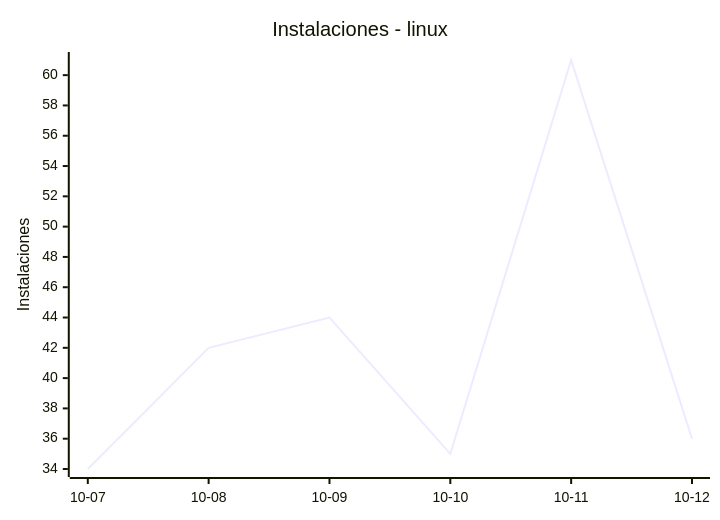
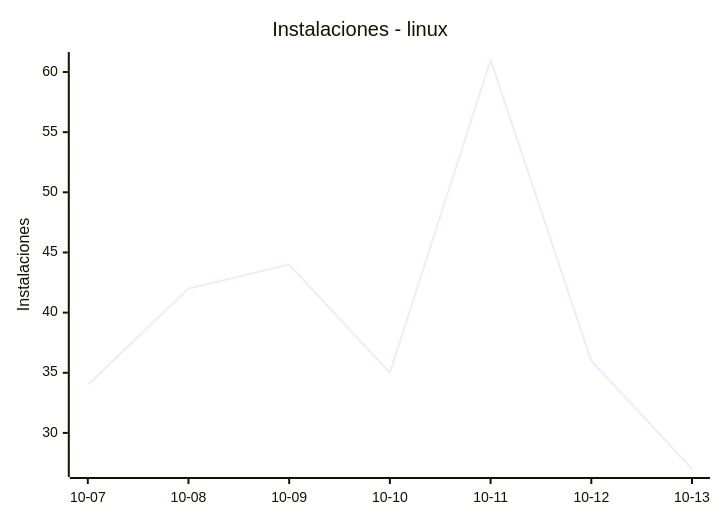
Before and after one commit to EmuDeck/stats: the fourth of 8 diagrams in README.md, drawn with Mermaid. The commit also changed other lines of this file and 2 other files, not shown here.

````diff
--- a/README.md
+++ b/README.md
@@ -52,7 +52,7 @@
 ```mermaid
 xychart-beta
     title "Instalaciones - linux"
-    x-axis ["10-07", "10-08", "10-09", "10-10", "10-11", "10-12"]
+    x-axis ["10-07", "10-08", "10-09", "10-10", "10-11", "10-12", "10-13"]
     y-axis "Instalaciones"
-    line [34, 42, 44, 35, 61, 36]
+    line [34, 42, 44, 35, 61, 36, 27]
 ```
````
